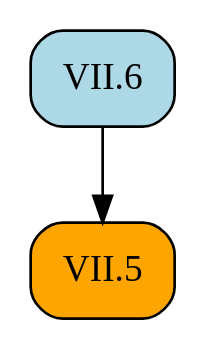
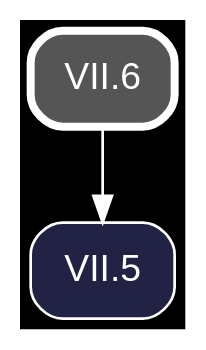
The diagram in docsrc/heath/VII/6/index.rst (geometor/elements), drawn with Graphviz before and after one commit. The commit also changed other lines of this file and 1200 other files, not shown here.

Commit message:
update dependency graphs

```diff
--- a/docsrc/heath/VII/6/index.rst
+++ b/docsrc/heath/VII/6/index.rst
@@ -34,9 +34,11 @@
 .. graphviz::
 
    digraph {
+     bgcolor="black";
+     node [shape=box, style="rounded,filled", fontname="Helvetica", color="white", fontcolor="white"];
+     edge [color="white", fontcolor="white"];
      rankdir="TB";
-     node [shape=box, style=rounded];
-     "VII.5" [style="rounded,filled", fillcolor=orange, URL="/heath/VII/5/", target="_top"];
-     "VII.6" [style="rounded,filled", fillcolor=lightblue, URL="/heath/VII/6/", target="_top"];
+     "VII.6" [penwidth=3, color="white", fillcolor="#555555", URL="/heath/VII/6/", target="_top"];
+     "VII.5" [fillcolor="#222244", URL="/heath/VII/5/", target="_top"];
      "VII.6" -> "VII.5";
    }
```
